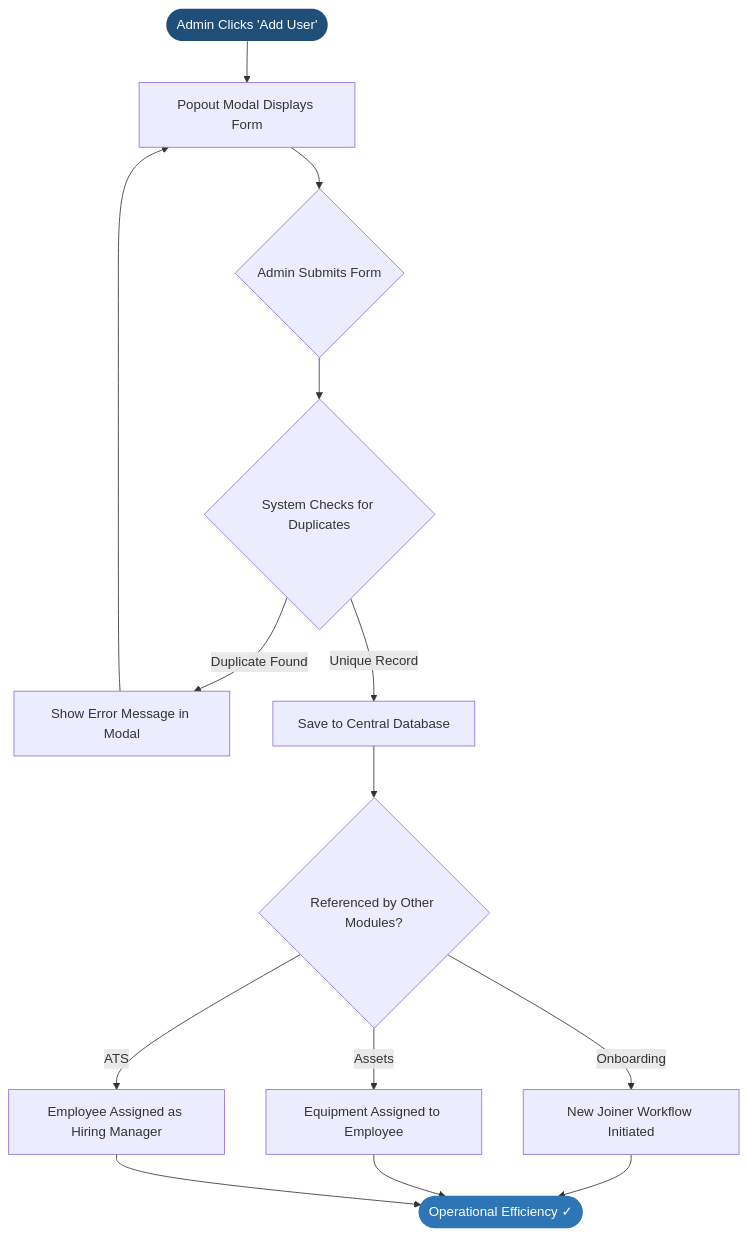
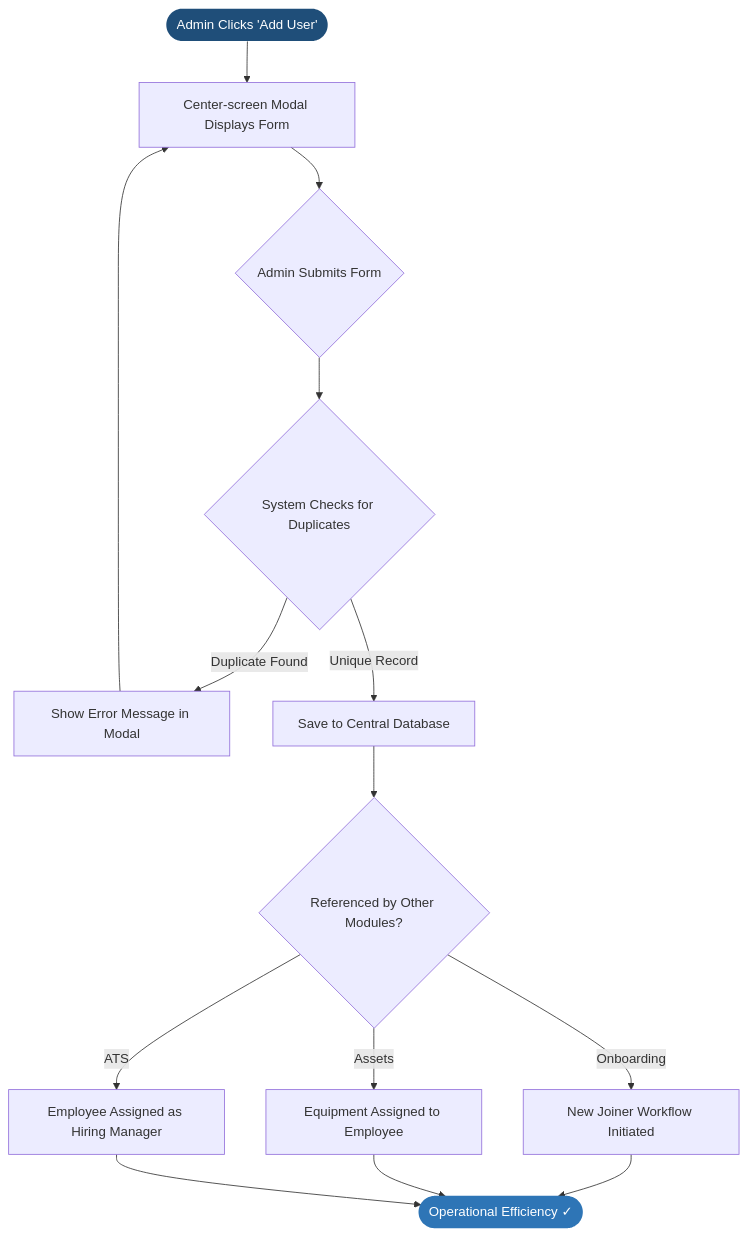
One commit to ATDawnTech/HubV2 changed the second of 16 diagrams in docs/ADT_Hub_Spec_Plan.md. Above: the diagram before and after it, drawn with Mermaid. The commit also changed other lines of this file, not shown here.

````diff
--- a/docs/ADT_Hub_Spec_Plan.md
+++ b/docs/ADT_Hub_Spec_Plan.md
@@ -168,19 +176,19 @@
 ```mermaid
 flowchart TD
-    A([Admin Clicks 'Add User']) --> B[Popout Modal Displays Form]
+    A([Admin Clicks 'Add User']) --> B[Center-screen Modal Displays Form]
     B --> C{Admin Submits Form}
     C --> D{System Checks for Duplicates}
     D -- Duplicate Found --> E[Show Error Message in Modal]
     E --> B
     D -- Unique Record --> F[Save to Central Database]
     F --> G{Referenced by Other Modules?}
     G -->|Onboarding| H[New Joiner Workflow Initiated]
     G -->|Assets| I[Equipment Assigned to Employee]
     G -->|ATS| J[Employee Assigned as Hiring Manager]
     H --> K([Operational Efficiency ✓])
     I --> K
     J --> K
 
     style A fill:#1F4E79,color:#fff,stroke:none
     style K fill:#2E75B6,color:#fff,stroke:none
 ```
````
